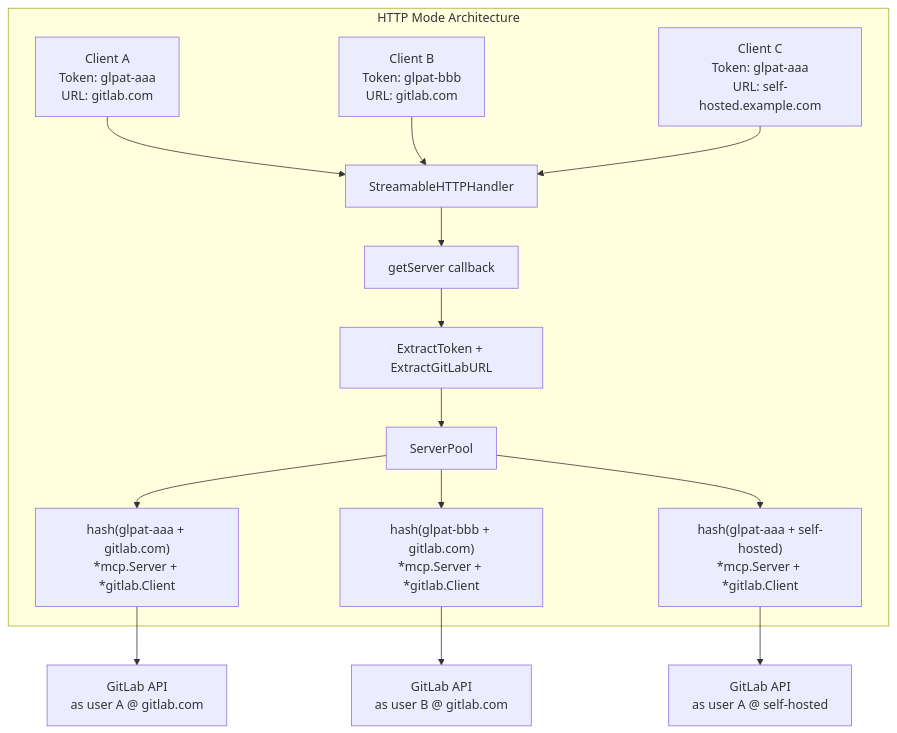
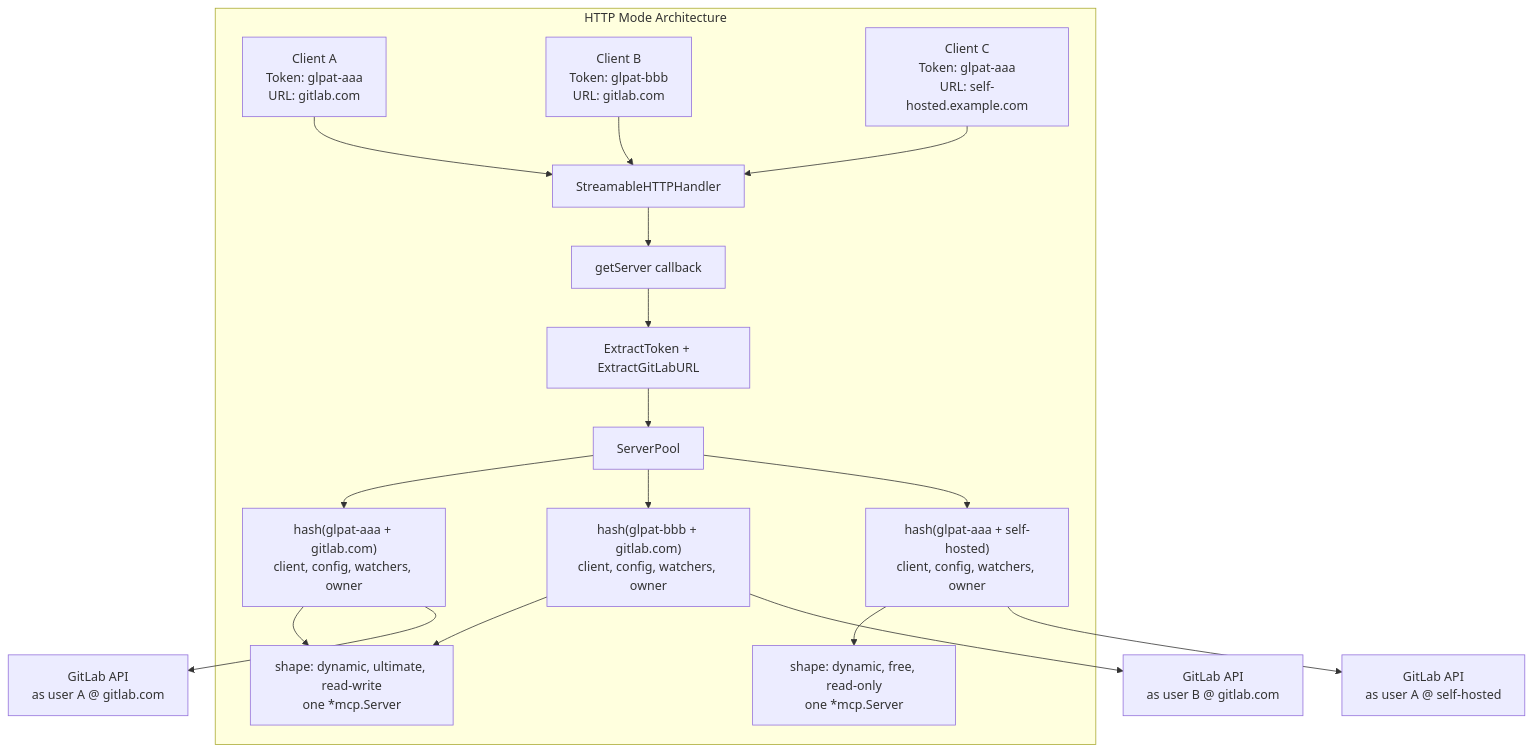
One commit to jmrplens/gitlab-mcp-server changed the first of 3 diagrams in docs/guides/http-server-mode.md. Above: the diagram before and after it, drawn with Mermaid. The commit also changed other lines of this file and 73 other files, not shown here.

````diff
--- a/docs/guides/http-server-mode.md
+++ b/docs/guides/http-server-mode.md
@@ -262,20 +264,24 @@
 ```mermaid
 graph TD
     subgraph "HTTP Mode Architecture"
         REQ1[Client A<br/>Token: glpat-aaa<br/>URL: gitlab.com] --> HANDLER[StreamableHTTPHandler]
         REQ2[Client B<br/>Token: glpat-bbb<br/>URL: gitlab.com] --> HANDLER
         REQ3[Client C<br/>Token: glpat-aaa<br/>URL: self-hosted.example.com] --> HANDLER
 
         HANDLER --> GS[getServer callback]
         GS --> EXTRACT[ExtractToken + ExtractGitLabURL]
         EXTRACT --> POOL[ServerPool]
 
-        POOL --> ENTRY1["hash(glpat-aaa + gitlab.com)<br/>*mcp.Server + *gitlab.Client"]
-        POOL --> ENTRY2["hash(glpat-bbb + gitlab.com)<br/>*mcp.Server + *gitlab.Client"]
-        POOL --> ENTRY3["hash(glpat-aaa + self-hosted)<br/>*mcp.Server + *gitlab.Client"]
+        POOL --> ENTRY1["hash(glpat-aaa + gitlab.com)<br/>client, config, watchers, owner"]
+        POOL --> ENTRY2["hash(glpat-bbb + gitlab.com)<br/>client, config, watchers, owner"]
+        POOL --> ENTRY3["hash(glpat-aaa + self-hosted)<br/>client, config, watchers, owner"]
+
+        ENTRY1 --> SHAPE1["shape: dynamic, ultimate, read-write<br/>one *mcp.Server"]
+        ENTRY2 --> SHAPE1
+        ENTRY3 --> SHAPE2["shape: dynamic, free, read-only<br/>one *mcp.Server"]
     end
 
     ENTRY1 --> GL1[GitLab API<br/>as user A @ gitlab.com]
     ENTRY2 --> GL2[GitLab API<br/>as user B @ gitlab.com]
     ENTRY3 --> GL3[GitLab API<br/>as user A @ self-hosted]
 ```
````
